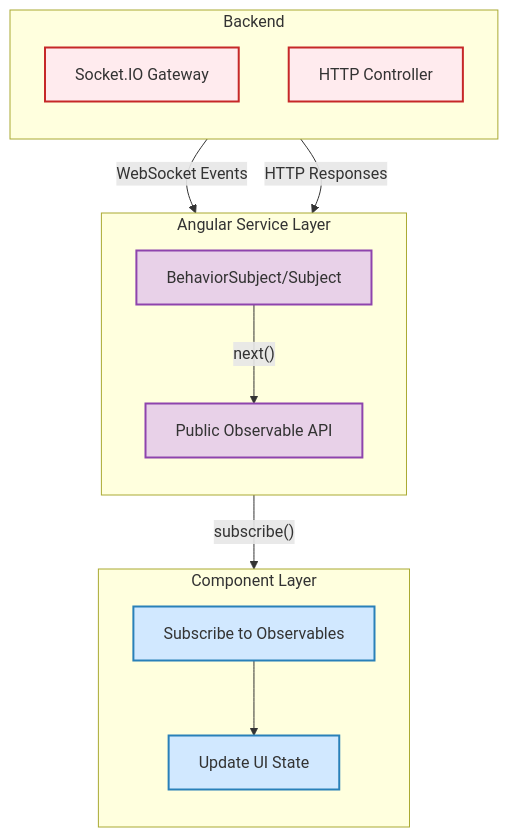
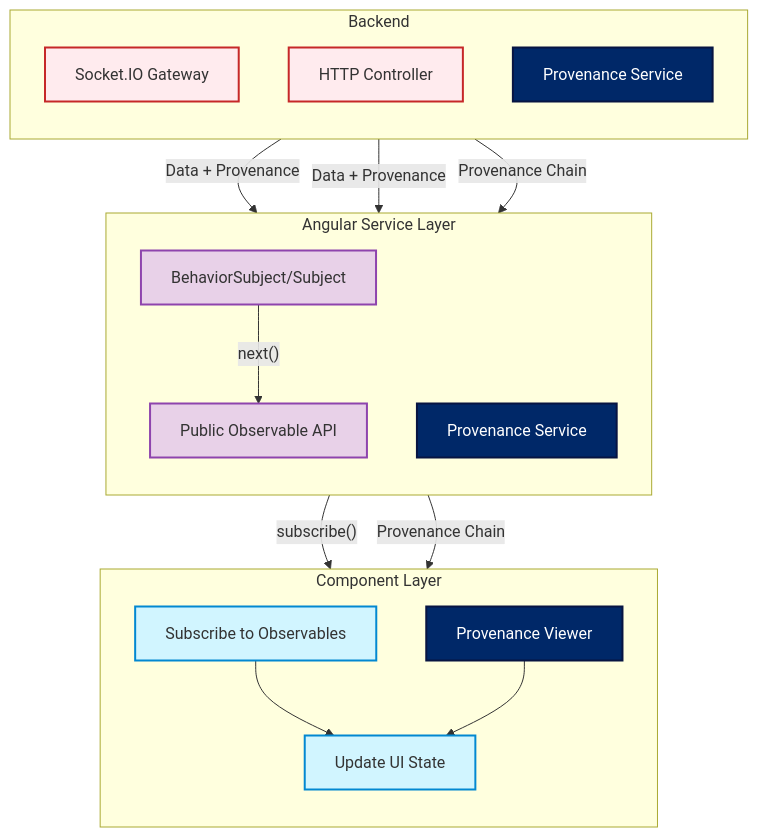
Before and after one commit to JeffreySanford/forge-board: the fourth of 5 diagrams in forgeboard-frontend/src/assets/documentation/FRONTEND-API-ARCHITECTURE.md, drawn with Mermaid. The commit also changed other lines of this file and 13 other files, not shown here.

````diff
--- a/forgeboard-frontend/src/assets/documentation/FRONTEND-API-ARCHITECTURE.md
+++ b/forgeboard-frontend/src/assets/documentation/FRONTEND-API-ARCHITECTURE.md
@@ -130,28 +189,37 @@
 ```mermaid
 flowchart TD
   subgraph Backend [Backend]
     direction TB
     BE[Socket.IO Gateway]:::backend
     BH[HTTP Controller]:::backend
+    BP[Provenance Service]:::provenance
   end
   subgraph ServiceLayer [Angular Service Layer]
     direction TB
     S1[BehaviorSubject/Subject]:::service
     S2[Public Observable API]:::service
+    PS[Provenance Service]:::provenance
   end
   subgraph ComponentLayer [Component Layer]
     direction TB
     C1[Subscribe to Observables]:::component
     C2[Update UI State]:::component
+    PV[Provenance Viewer]:::provenance
   end
 
-  BE -- WebSocket Events --> S1
-  BH -- HTTP Responses --> S1
-  S1 -- next() --> S2
-  S2 -- subscribe() --> C1
+  BE -- "Data + Provenance" --> S1
+  BH -- "Data + Provenance" --> S1
+  BP -- "Provenance Chain" --> PS
+  
+  S1 -- "next()" --> S2
+  S2 -- "subscribe()" --> C1
+  PS -- "Provenance Chain" --> PV
+  
   C1 --> C2
+  PV --> C2
 
   classDef backend fill:#FFEBEE,stroke:#C62828,stroke-width:2px;
+  classDef provenance fill:#002868,stroke:#071442,stroke-width:2px,color:#FFFFFF;
   classDef service fill:#E8D1E8,stroke:#8E44AD,stroke-width:2px;
-  classDef component fill:#D1E8FF,stroke:#2980B9,stroke-width:2px;
+  classDef component fill:#D1F5FF,stroke:#0288D1,stroke-width:2px;
 ```
````
